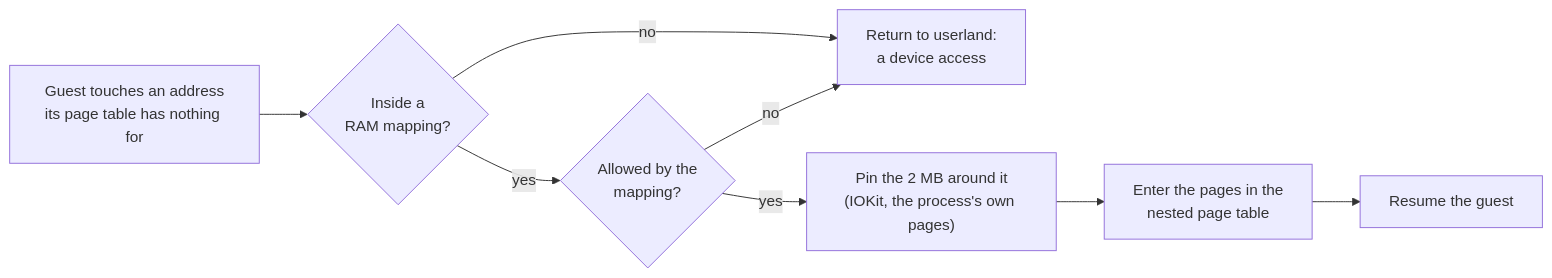
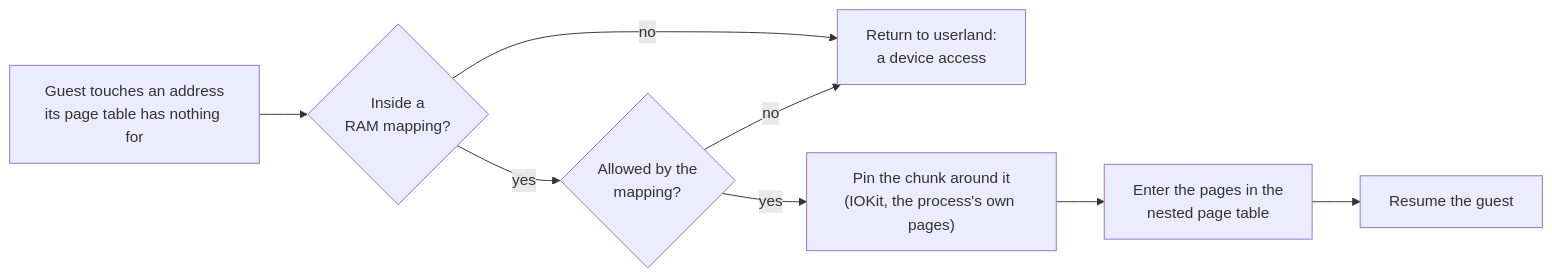
Before and after one commit to milouk/graft: the third of 4 diagrams in README.md, drawn with Mermaid. The commit also changed other lines of this file and 2 other files, not shown here.

````diff
--- a/README.md
+++ b/README.md
@@ -138,10 +136,10 @@
 ```mermaid
 flowchart LR
     A["Guest touches an address<br/>its page table has nothing for"] --> B{"Inside a<br/>RAM mapping?"}
     B -- no --> C["Return to userland:<br/>a device access"]
     B -- yes --> D{"Allowed by the<br/>mapping?"}
     D -- no --> C
-    D -- yes --> E["Pin the 2 MB around it<br/>(IOKit, the process's own pages)"]
+    D -- yes --> E["Pin the chunk around it<br/>(IOKit, the process's own pages)"]
     E --> F["Enter the pages in the<br/>nested page table"]
     F --> G["Resume the guest"]
 ```
````
